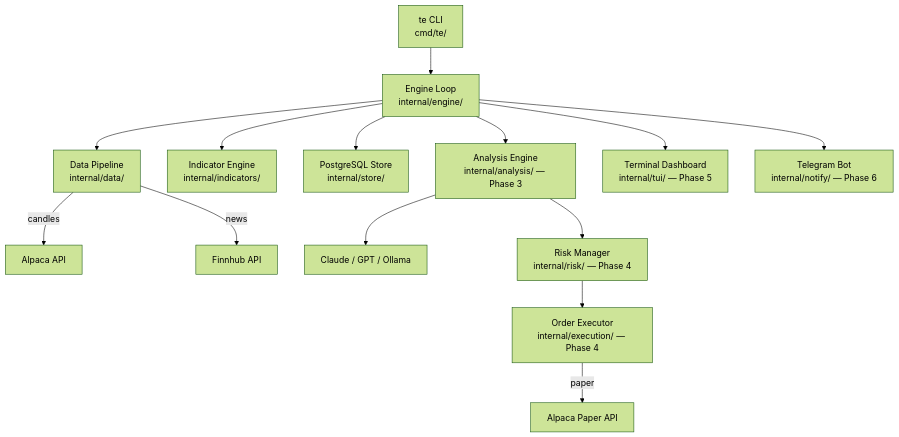
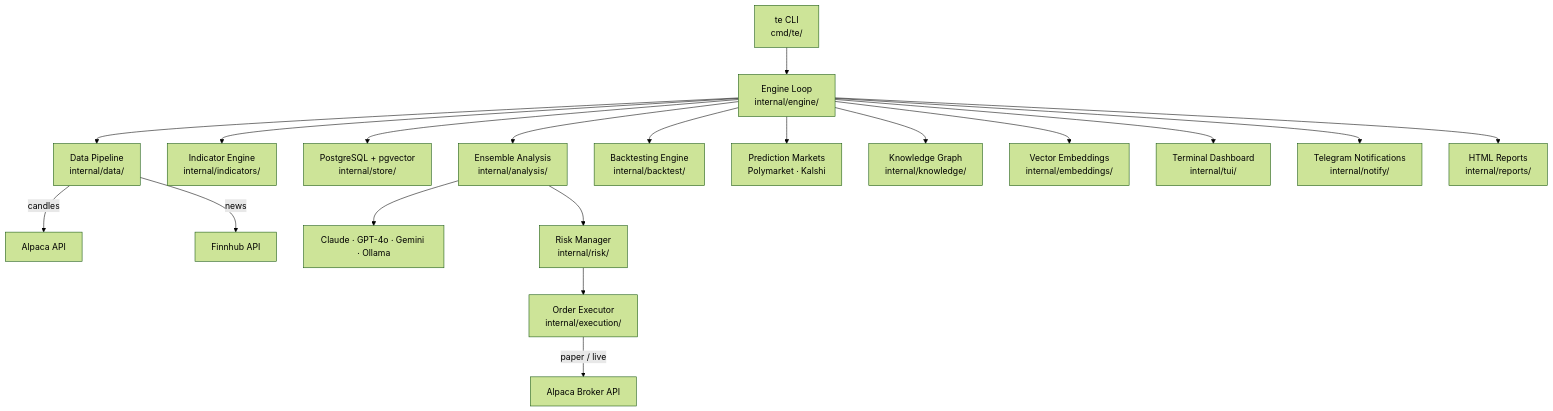
The diagram in README.md (romeo-folie/trade-engine), drawn with Mermaid (forest theme) before and after one commit. The commit also changed other lines of this file, not shown here.

First line of the commit message:
docs: update root README — status, architecture, build phase table, project layout (issue #114)

````diff
--- a/README.md
+++ b/README.md
@@ -9,16 +9,21 @@
 ```mermaid
 graph TD
     CLI[te CLI<br/>cmd/te/] --> Engine[Engine Loop<br/>internal/engine/]
     Engine --> DataPipeline[Data Pipeline<br/>internal/data/]
     DataPipeline -->|candles| Alpaca[Alpaca API]
     DataPipeline -->|news| Finnhub[Finnhub API]
     Engine --> Indicators[Indicator Engine<br/>internal/indicators/]
-    Engine --> Store[PostgreSQL Store<br/>internal/store/]
-    Engine --> Analysis[Analysis Engine<br/>internal/analysis/ — Phase 3]
-    Analysis --> LLM[Claude / GPT / Ollama]
-    Analysis --> Risk[Risk Manager<br/>internal/risk/ — Phase 4]
-    Risk --> Executor[Order Executor<br/>internal/execution/ — Phase 4]
-    Executor -->|paper| AlpacaPaper[Alpaca Paper API]
-    Engine --> TUI[Terminal Dashboard<br/>internal/tui/ — Phase 5]
-    Engine --> Notify[Telegram Bot<br/>internal/notify/ — Phase 6]
+    Engine --> Store[PostgreSQL + pgvector<br/>internal/store/]
+    Engine --> Analysis[Ensemble Analysis<br/>internal/analysis/]
+    Analysis --> LLM[Claude · GPT-4o · Gemini · Ollama]
+    Analysis --> Risk[Risk Manager<br/>internal/risk/]
+    Risk --> Executor[Order Executor<br/>internal/execution/]
+    Executor -->|paper / live| AlpacaBroker[Alpaca Broker API]
+    Engine --> Backtest[Backtesting Engine<br/>internal/backtest/]
+    Engine --> Predictions[Prediction Markets<br/>Polymarket · Kalshi]
+    Engine --> Knowledge[Knowledge Graph<br/>internal/knowledge/]
+    Engine --> Embeddings[Vector Embeddings<br/>internal/embeddings/]
+    Engine --> TUI[Terminal Dashboard<br/>internal/tui/]
+    Engine --> Notify[Telegram Notifications<br/>internal/notify/]
+    Engine --> Reports[HTML Reports<br/>internal/reports/]
 ```
````
